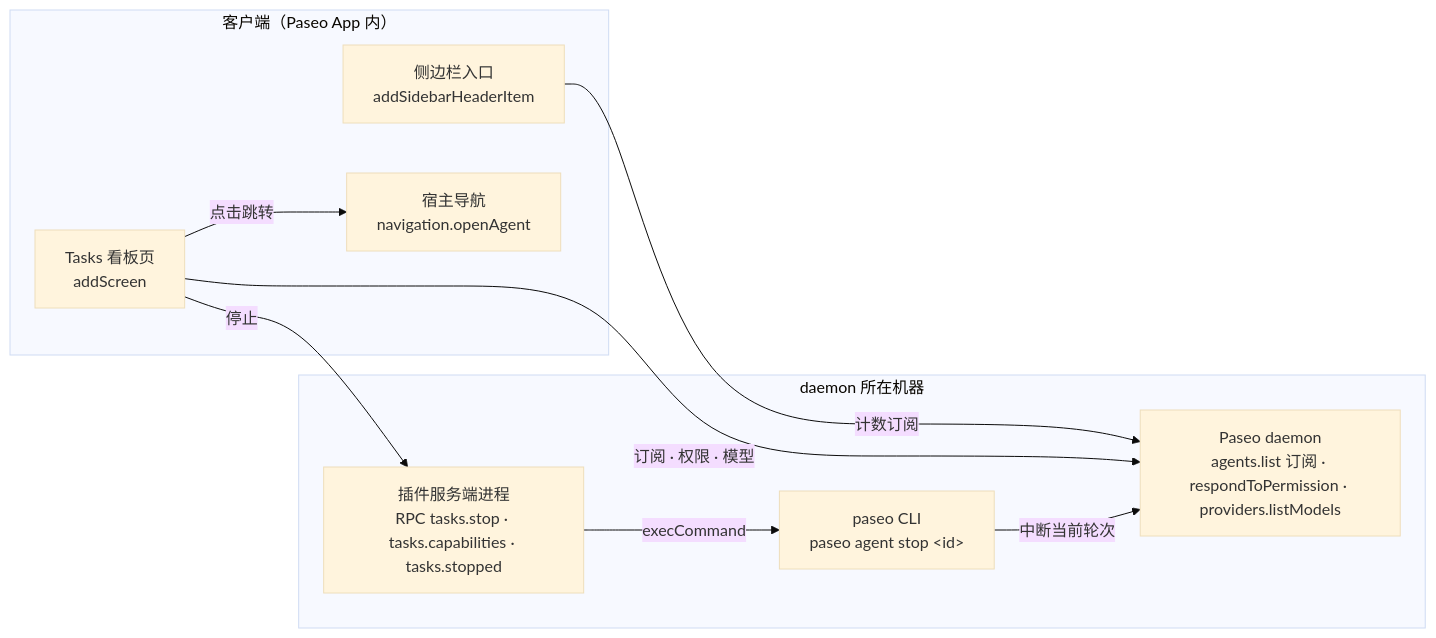
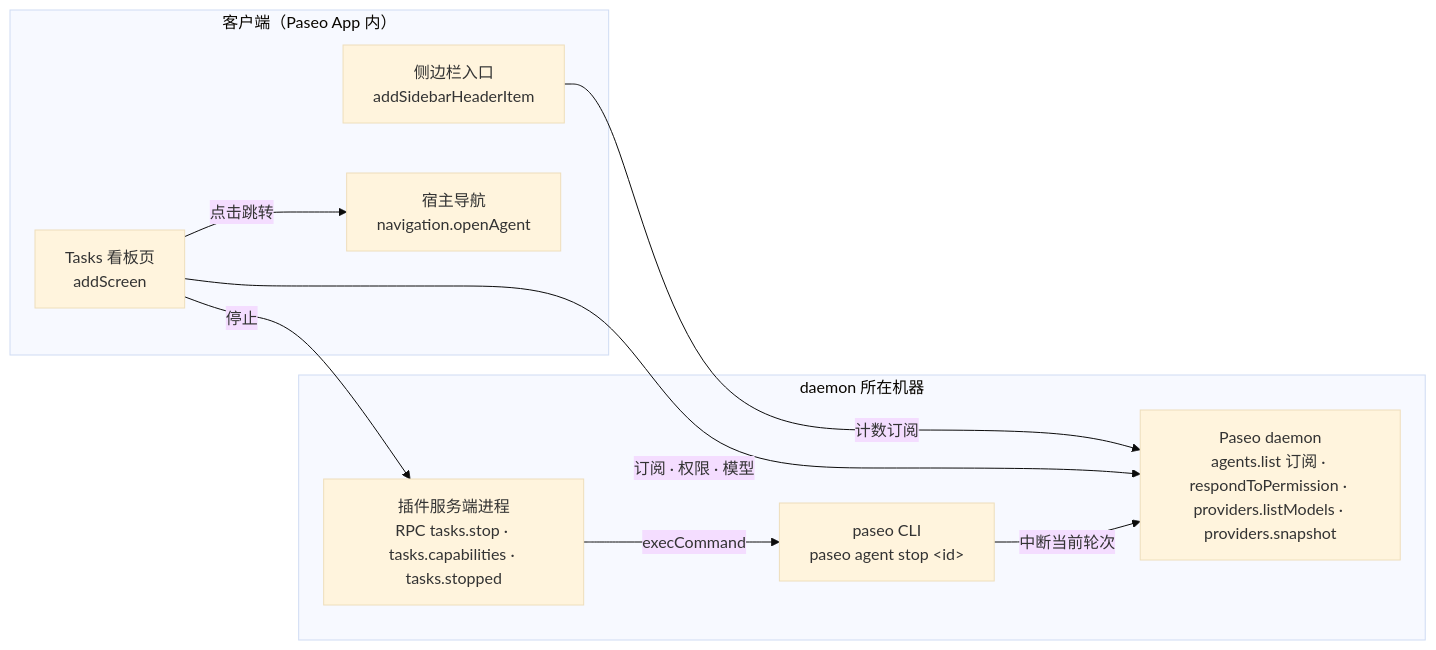
One commit to RoundRedDot/better-paseo changed the diagram in docs/tasks-board.md. Above: the diagram before and after it, drawn with Mermaid (base theme). The commit also changed other lines of this file and 3 other files, not shown here.

First line of the commit message:
fix(tasks): list every provider enabled in Paseo in the Agent filter

````diff
--- a/docs/tasks-board.md
+++ b/docs/tasks-board.md
@@ -273,19 +273,19 @@
 ```mermaid
 flowchart LR
   subgraph client["客户端（Paseo App 内）"]
     sidebar["侧边栏入口<br/>addSidebarHeaderItem"]
     board["Tasks 看板页<br/>addScreen"]
     nav["宿主导航<br/>navigation.openAgent"]
   end
   subgraph host["daemon 所在机器"]
-    daemon["Paseo daemon<br/>agents.list 订阅 · respondToPermission · providers.listModels"]
+    daemon["Paseo daemon<br/>agents.list 订阅 · respondToPermission · providers.listModels · providers.snapshot"]
     server["插件服务端进程<br/>RPC tasks.stop · tasks.capabilities · tasks.stopped"]
     cli["paseo CLI<br/>paseo agent stop &lt;id&gt;"]
   end
   sidebar -- 计数订阅 --> daemon
   board -- 订阅 · 权限 · 模型 --> daemon
   board -- 停止 --> server
   board -- 点击跳转 --> nav
   server -- execCommand --> cli
   cli -- 中断当前轮次 --> daemon
 ```
````
